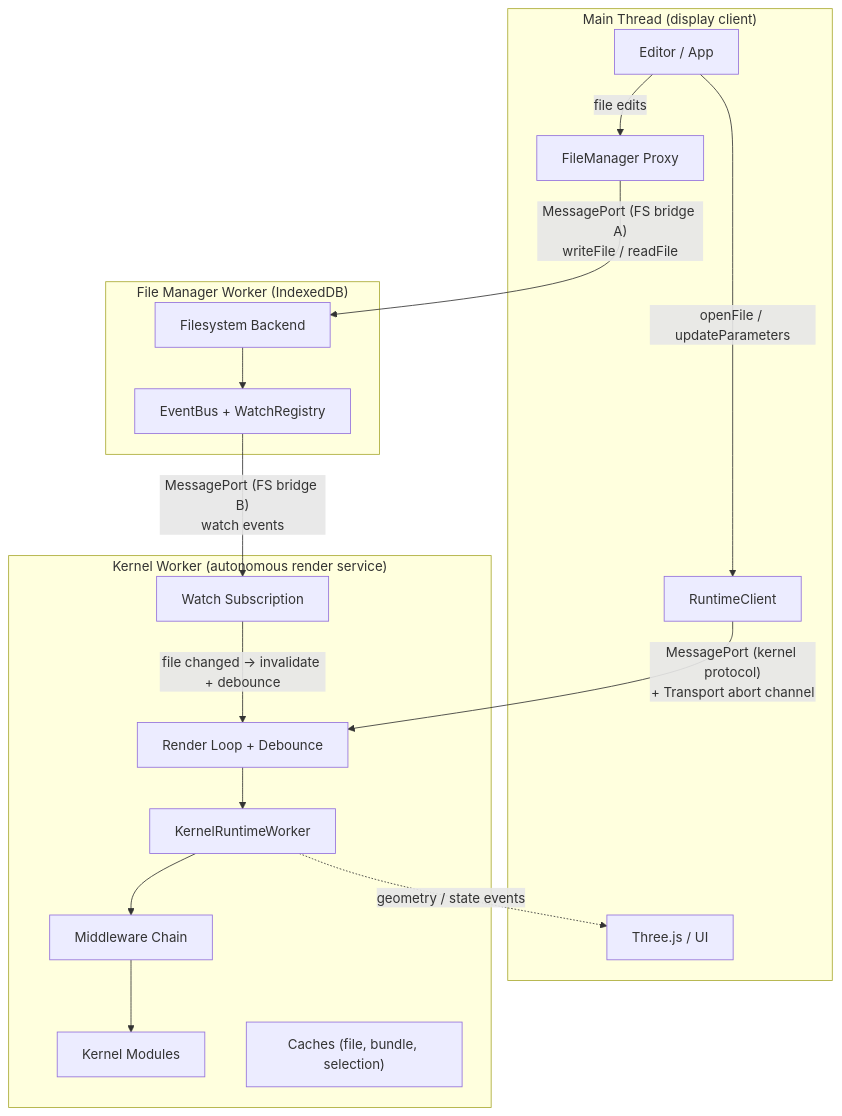
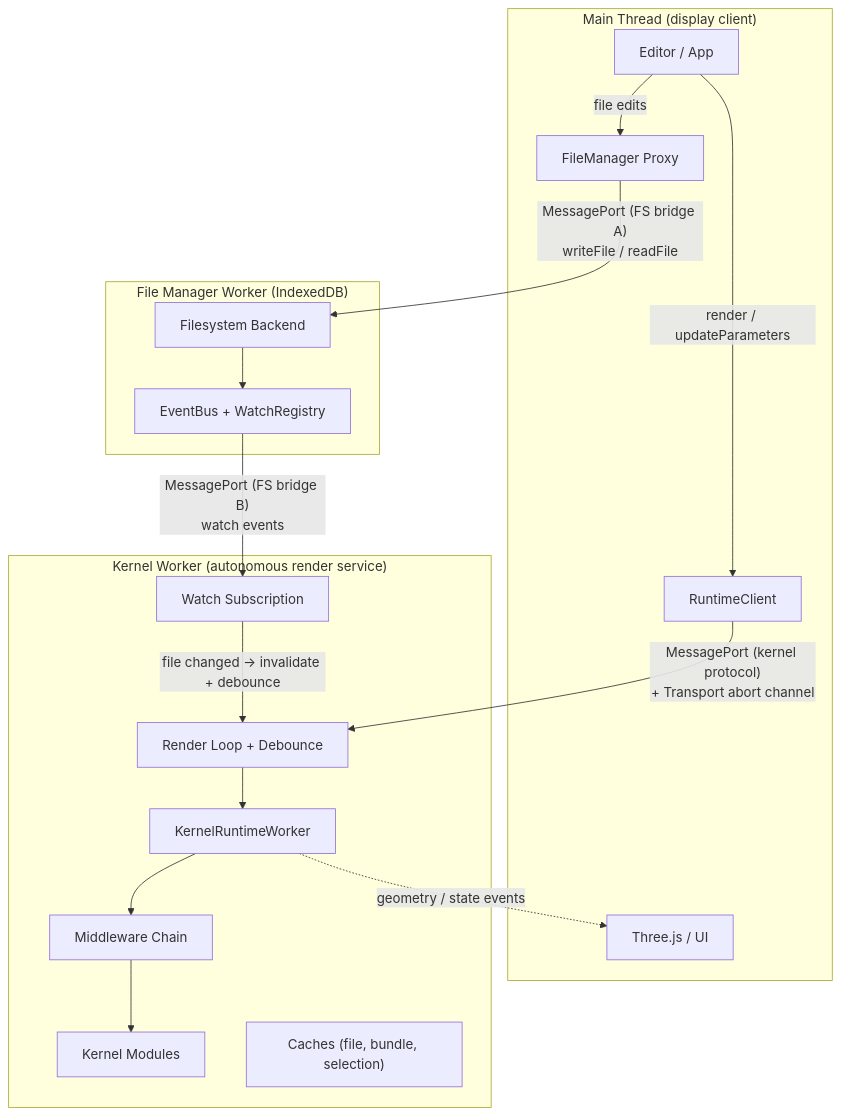
One commit to taucad/tau changed the first of 2 diagrams in apps/ui/content/docs/runtime/concepts/worker-model.mdx. Above: the diagram before and after it, drawn with Mermaid. The commit also changed other lines of this file and 18 other files, not shown here.

````diff
--- a/apps/ui/content/docs/runtime/concepts/worker-model.mdx
+++ b/apps/ui/content/docs/runtime/concepts/worker-model.mdx
@@ -19,37 +19,37 @@
 ```mermaid
 flowchart TB
     subgraph Main["Main Thread (display client)"]
         Editor["Editor / App"]
         Client["RuntimeClient"]
         Scene["Three.js / UI"]
         FMProxy["FileManager Proxy"]
     end
 
     subgraph Worker["Kernel Worker (autonomous render service)"]
         RenderLoop["Render Loop + Debounce"]
         KernelWorker["KernelRuntimeWorker"]
         Middleware["Middleware Chain"]
         Kernels["Kernel Modules"]
         WatchSub["Watch Subscription"]
         Caches["Caches (file, bundle, selection)"]
     end
 
     subgraph FSWorker["File Manager Worker (IndexedDB)"]
         FS["Filesystem Backend"]
         EventBus["EventBus + WatchRegistry"]
     end
 
-    Editor -->|"openFile / updateParameters"| Client
+    Editor -->|"render / updateParameters"| Client
     Client -->|"MessagePort (kernel protocol)\n+ Transport abort channel"| RenderLoop
     RenderLoop --> KernelWorker
     KernelWorker --> Middleware
     Middleware --> Kernels
     KernelWorker -.->|"geometry / state events"| Scene
 
     Editor -->|"file edits"| FMProxy
     FMProxy -->|"MessagePort (FS bridge A)\nwriteFile / readFile"| FS
 
     FS --> EventBus
     EventBus -->|"MessagePort (FS bridge B)\nwatch events"| WatchSub
     WatchSub -->|"file changed → invalidate + debounce"| RenderLoop
 ```
````
